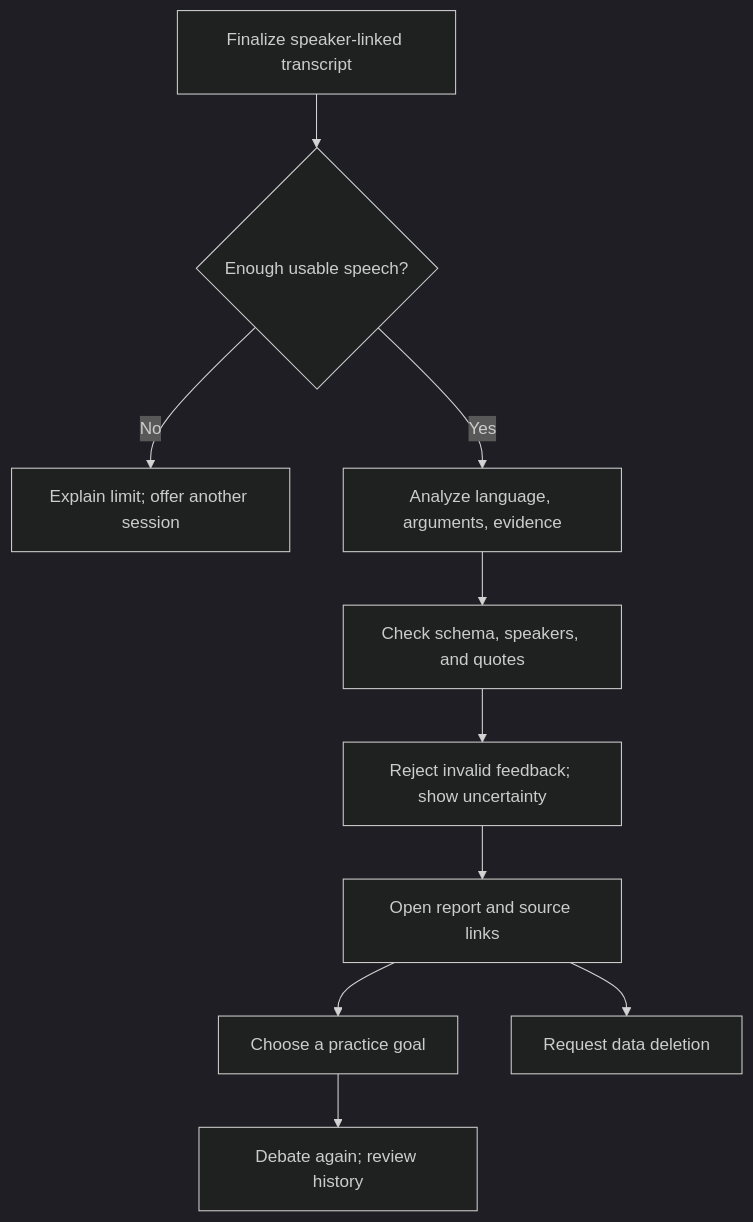
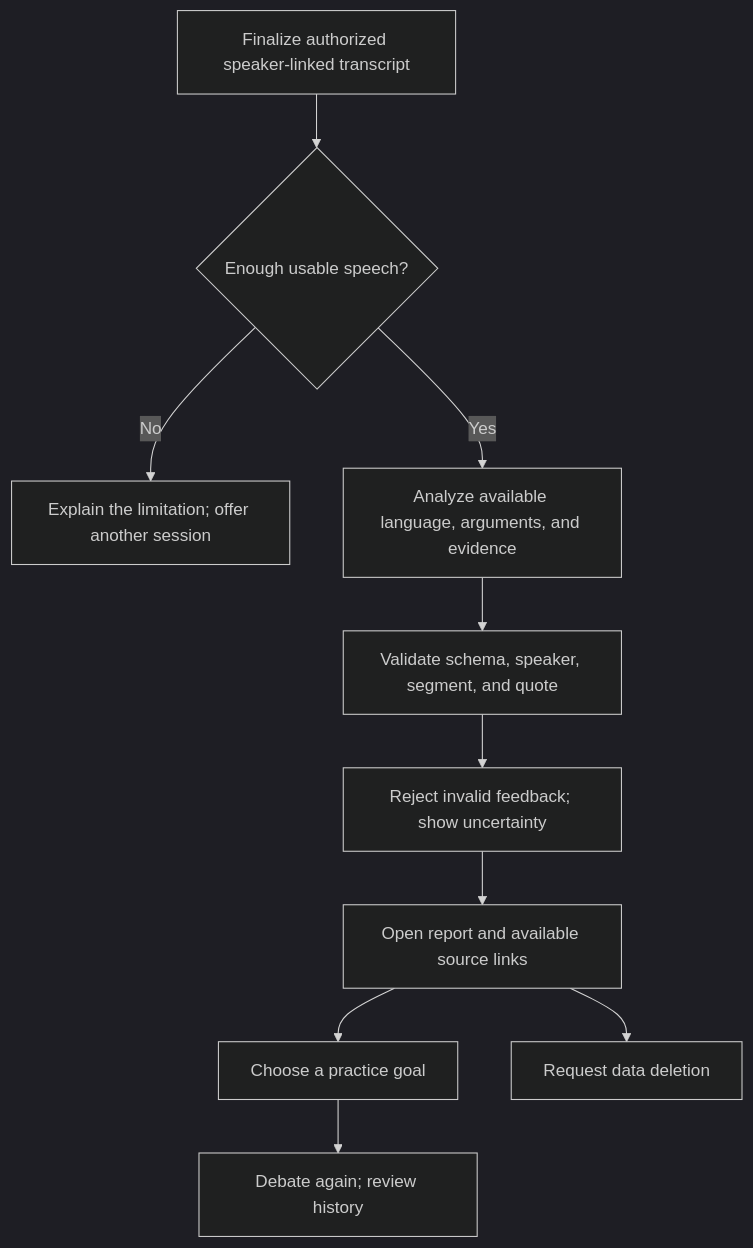
One commit to nguyendinhthienloc/DebateSpeak changed the second of 2 diagrams in docs/requirements/VISION_DOCUMENT.md. Above: the diagram before and after it, drawn with Mermaid (dark theme). The commit also changed other lines of this file and 2 other files, not shown here.

````diff
--- a/docs/requirements/VISION_DOCUMENT.md
+++ b/docs/requirements/VISION_DOCUMENT.md
@@ -196,12 +207,12 @@
 ```mermaid
 flowchart TD
-    transcript["Finalize speaker-linked transcript"] --> enough{"Enough usable speech?"}
-    enough -->|"No"| insufficient["Explain limit; offer another session"]
-    enough -->|"Yes"| analyze["Analyze language, arguments, evidence"]
-    analyze --> validate["Check schema, speakers, and quotes"]
+    transcript["Finalize authorized speaker-linked transcript"] --> enough{"Enough usable speech?"}
+    enough -->|"No"| insufficient["Explain the limitation; offer another session"]
+    enough -->|"Yes"| analyze["Analyze available language, arguments, and evidence"]
+    analyze --> validate["Validate schema, speaker, segment, and quote"]
     validate --> assessment["Reject invalid feedback; show uncertainty"]
-    assessment --> report["Open report and source links"]
+    assessment --> report["Open report and available source links"]
     report --> practice["Choose a practice goal"]
     practice --> nextDebate["Debate again; review history"]
     report --> deletion["Request data deletion"]
 ```
````
